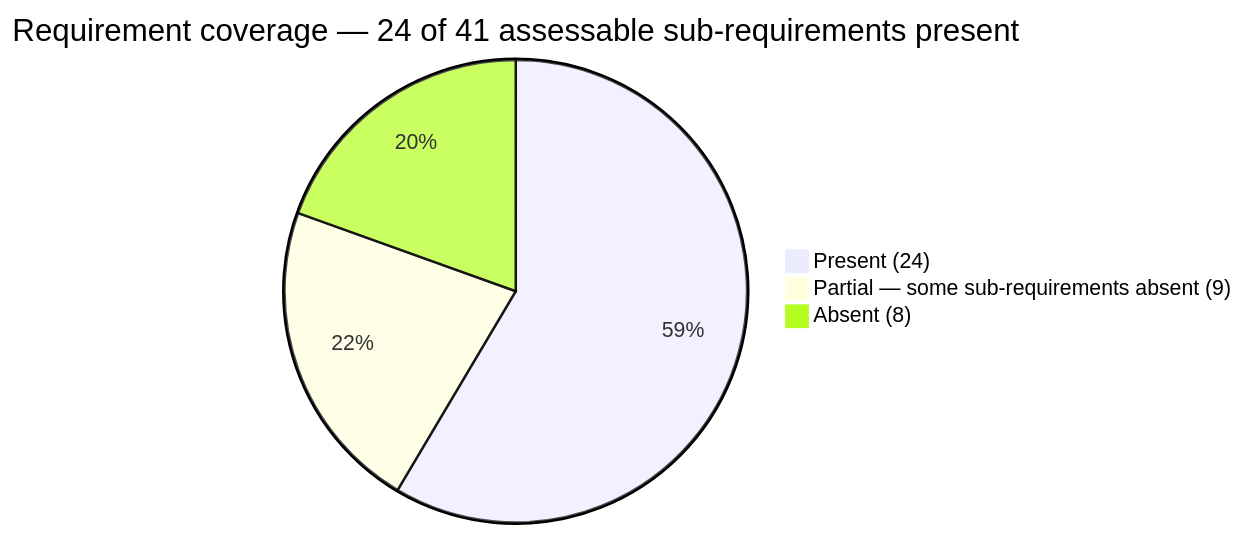
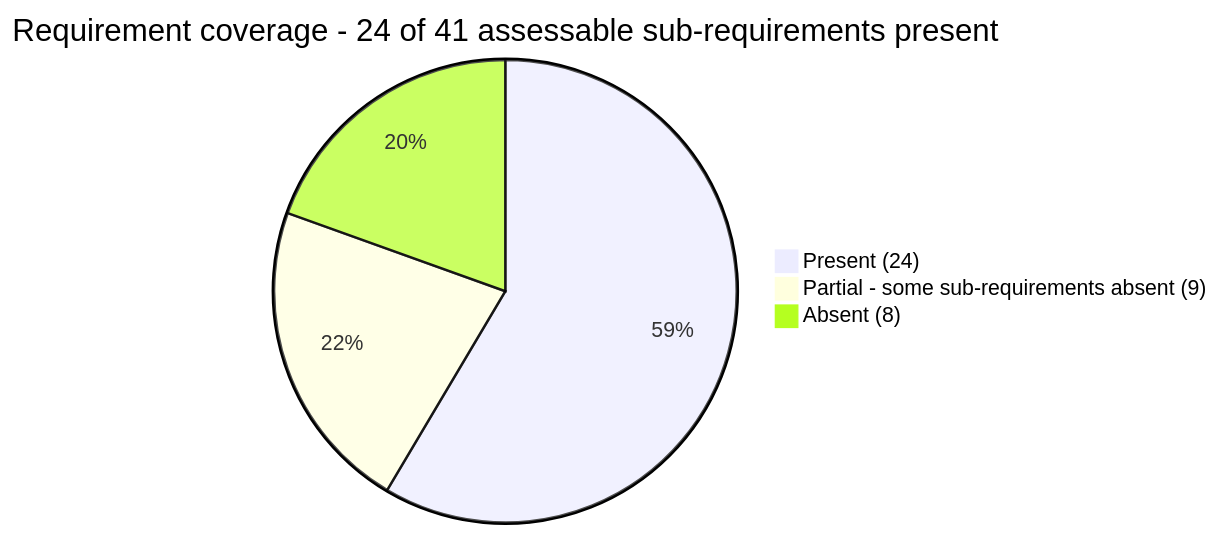
Before and after one commit to Xoltox/fulcrum: the first of 4 diagrams in skills/fulcrum-gap-analysis/references/coverage-and-diagrams.md, drawn with Mermaid. The commit also changed other lines of this file and 48 other files, not shown here.

````diff
--- a/skills/fulcrum-gap-analysis/references/coverage-and-diagrams.md
+++ b/skills/fulcrum-gap-analysis/references/coverage-and-diagrams.md
@@ -34,6 +34,6 @@
 ```mermaid
-pie title Requirement coverage — 24 of 41 assessable sub-requirements present
+pie title Requirement coverage - 24 of 41 assessable sub-requirements present
     "Present (24)" : 24
-    "Partial — some sub-requirements absent (9)" : 9
+    "Partial - some sub-requirements absent (9)" : 9
     "Absent (8)" : 8
 ```
````
